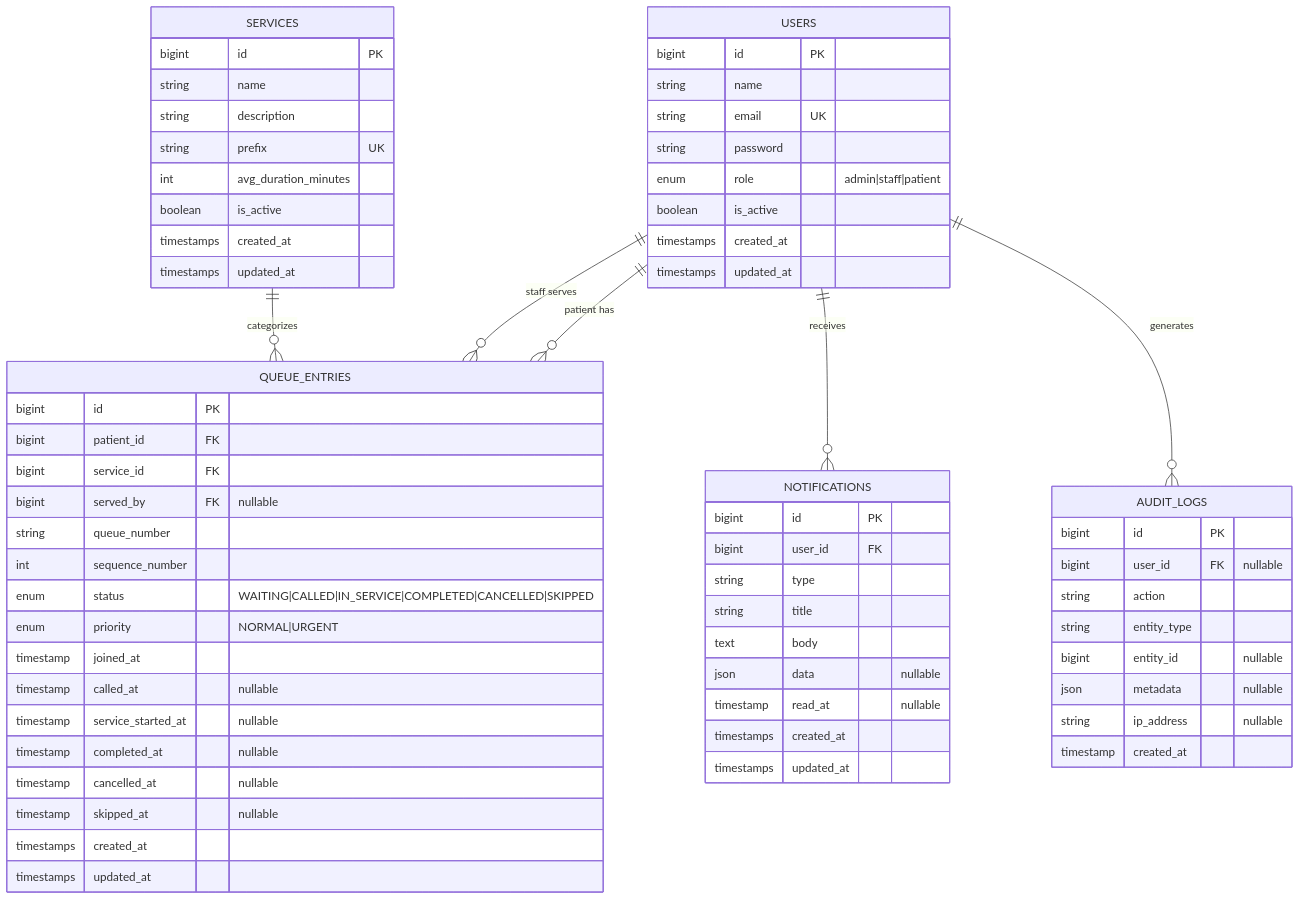
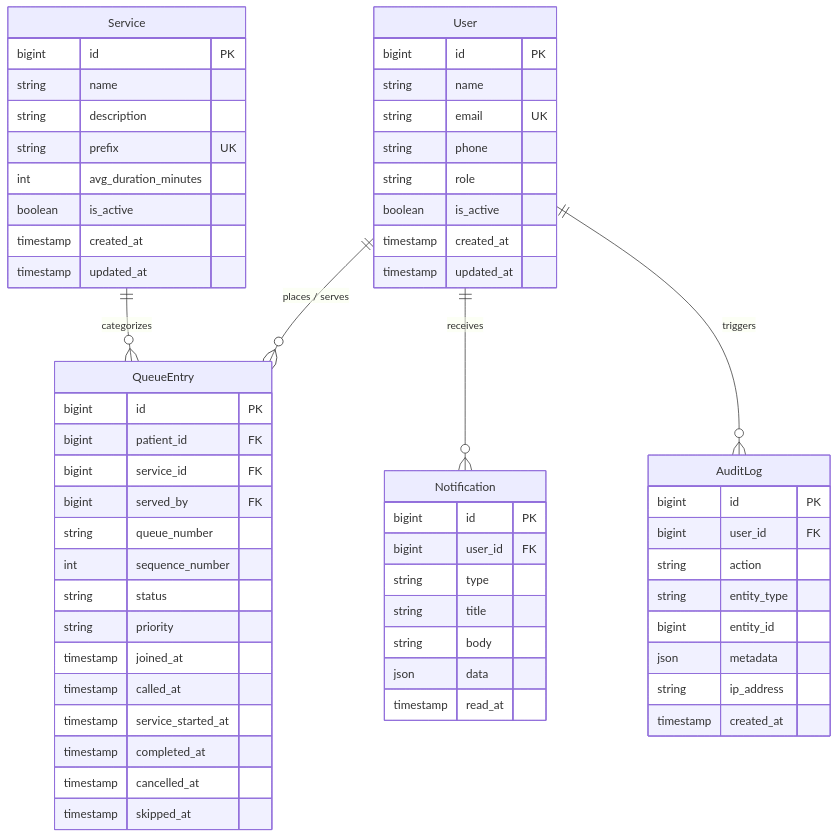
The fourth of 7 diagrams in docs/system-design.md (mhiskall282/MediQueue), drawn with Mermaid before and after one commit. The commit also changed other lines of this file and 1 other file, not shown here.

Commit message:
docs: clean and standardize Mermaid diagrams; add comprehensive SmokeTest across all roles

````diff
--- a/docs/system-design.md
+++ b/docs/system-design.md
@@ -142,72 +148,67 @@
 ```mermaid
 erDiagram
-    USERS {
+    User ||--o{ QueueEntry : "places / serves"
+    User ||--o{ Notification : "receives"
+    User ||--o{ AuditLog : "triggers"
+    Service ||--o{ QueueEntry : "categorizes"
+
+    User {
         bigint id PK
         string name
         string email UK
-        string password
-        enum role "admin|staff|patient"
+        string phone
+        string role
         boolean is_active
-        timestamps created_at
-        timestamps updated_at
+        timestamp created_at
+        timestamp updated_at
     }
 
-    SERVICES {
+    Service {
         bigint id PK
         string name
         string description
         string prefix UK
         int avg_duration_minutes
         boolean is_active
-        timestamps created_at
-        timestamps updated_at
+        timestamp created_at
+        timestamp updated_at
     }
 
-    QUEUE_ENTRIES {
+    QueueEntry {
         bigint id PK
         bigint patient_id FK
         bigint service_id FK
-        bigint served_by FK "nullable"
+        bigint served_by FK
         string queue_number
         int sequence_number
-        enum status "WAITING|CALLED|IN_SERVICE|COMPLETED|CANCELLED|SKIPPED"
-        enum priority "NORMAL|URGENT"
+        string status
+        string priority
         timestamp joined_at
-        timestamp called_at "nullable"
-        timestamp service_started_at "nullable"
-        timestamp completed_at "nullable"
-        timestamp cancelled_at "nullable"
-        timestamp skipped_at "nullable"
-        timestamps created_at
-        timestamps updated_at
+        timestamp called_at
+        timestamp service_started_at
+        timestamp completed_at
+        timestamp cancelled_at
+        timestamp skipped_at
     }
 
-    NOTIFICATIONS {
+    Notification {
         bigint id PK
         bigint user_id FK
         string type
         string title
-        text body
-        json data "nullable"
-        timestamp read_at "nullable"
-        timestamps created_at
-        timestamps updated_at
+        string body
+        json data
+        timestamp read_at
     }
 
-    AUDIT_LOGS {
+    AuditLog {
         bigint id PK
-        bigint user_id FK "nullable"
+        bigint user_id FK
         string action
         string entity_type
-        bigint entity_id "nullable"
-        json metadata "nullable"
-        string ip_address "nullable"
+        bigint entity_id
+        json metadata
+        string ip_address
         timestamp created_at
     }
-
-    USERS ||--o{ QUEUE_ENTRIES : "patient has"
-    USERS ||--o{ QUEUE_ENTRIES : "staff serves"
-    SERVICES ||--o{ QUEUE_ENTRIES : "categorizes"
-    USERS ||--o{ NOTIFICATIONS : "receives"
-    USERS ||--o{ AUDIT_LOGS : "generates"
 ```
````
